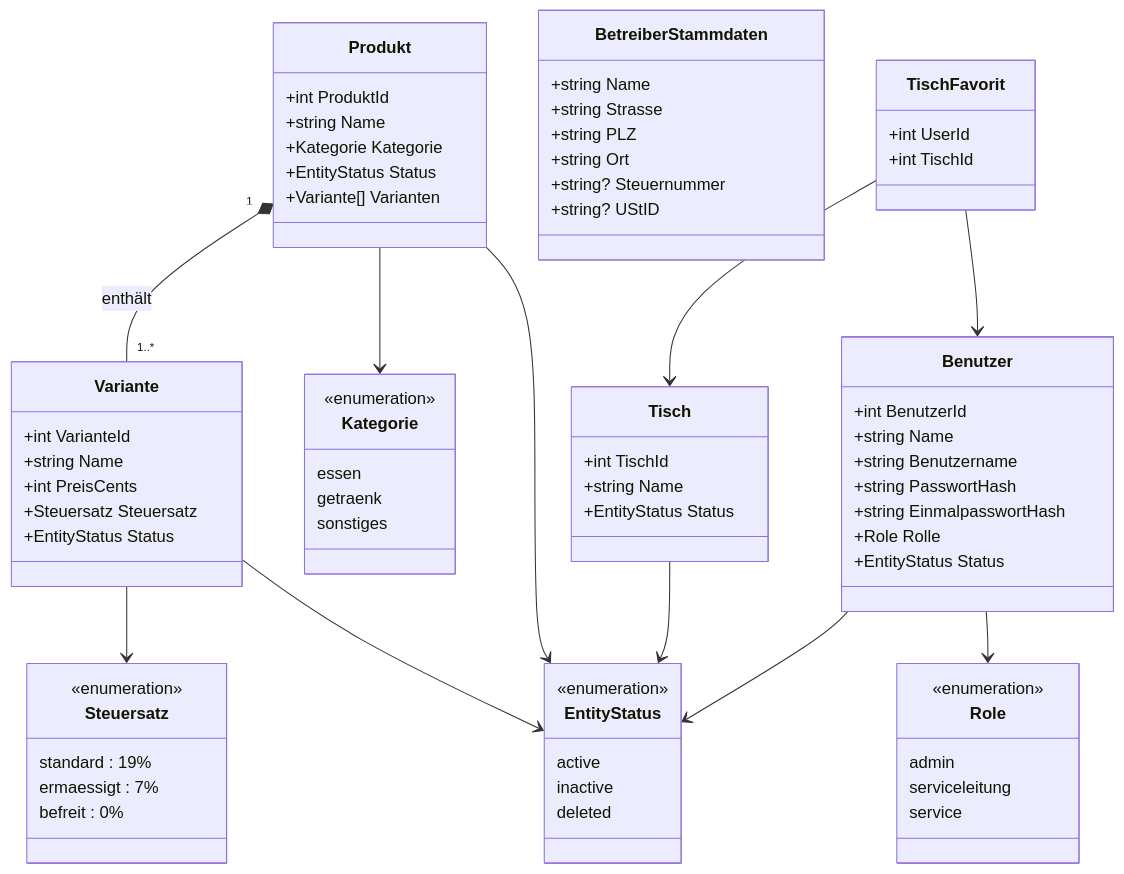
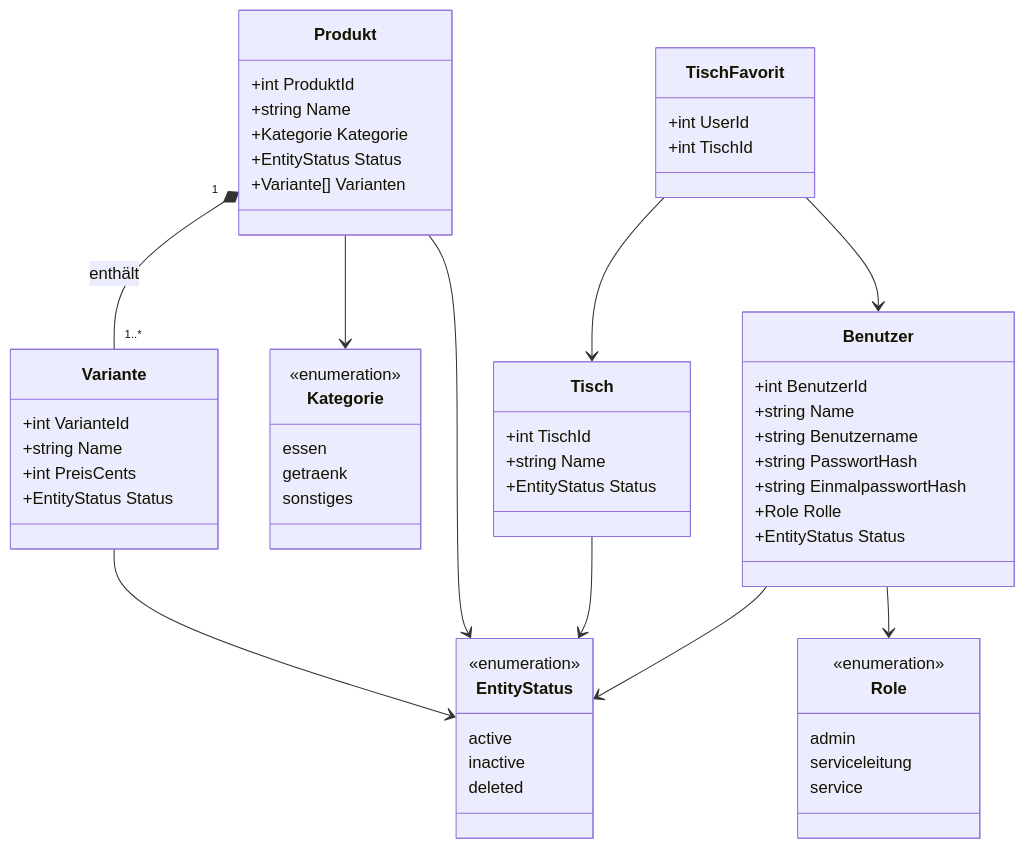
The eighth of 19 diagrams in docs/diagrams.md (nicograef/jotti), drawn with Mermaid before and after one commit. The commit also changed other lines of this file and 6 other files, not shown here.

```diff
--- a/docs/diagrams.md
+++ b/docs/diagrams.md
@@ -298,7 +295,6 @@
         +int VarianteId
         +string Name
         +int PreisCents
-        +Steuersatz Steuersatz
         +EntityStatus Status
     }
 
@@ -307,13 +303,6 @@
         essen
         getraenk
         sonstiges
-    }
-
-    class Steuersatz {
-        <<enumeration>>
-        standard  : 19%
-        ermaessigt : 7%
-        befreit   : 0%
     }
 
     class Tisch {
@@ -346,15 +335,6 @@
         deleted
     }
 
-    class BetreiberStammdaten {
-        +string Name
-        +string Strasse
-        +string PLZ
-        +string Ort
-        +string? Steuernummer
-        +string? UStID
-    }
-
     class TischFavorit {
         +int UserId
         +int TischId
@@ -362,7 +342,6 @@
 
     Produkt "1" *-- "1..*" Variante : enthält
     Produkt --> Kategorie
-    Variante --> Steuersatz
     Variante --> EntityStatus
     Produkt --> EntityStatus
     Tisch --> EntityStatus
```
